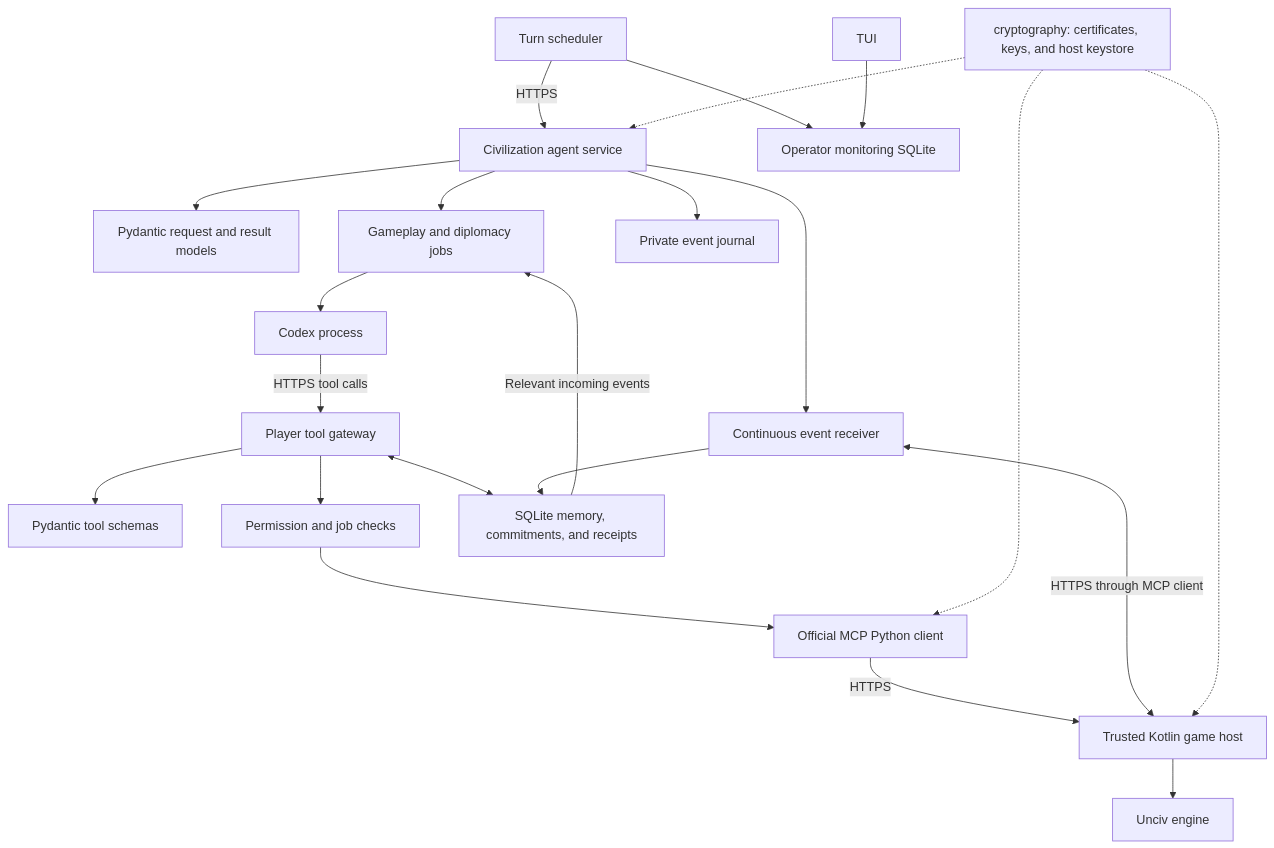
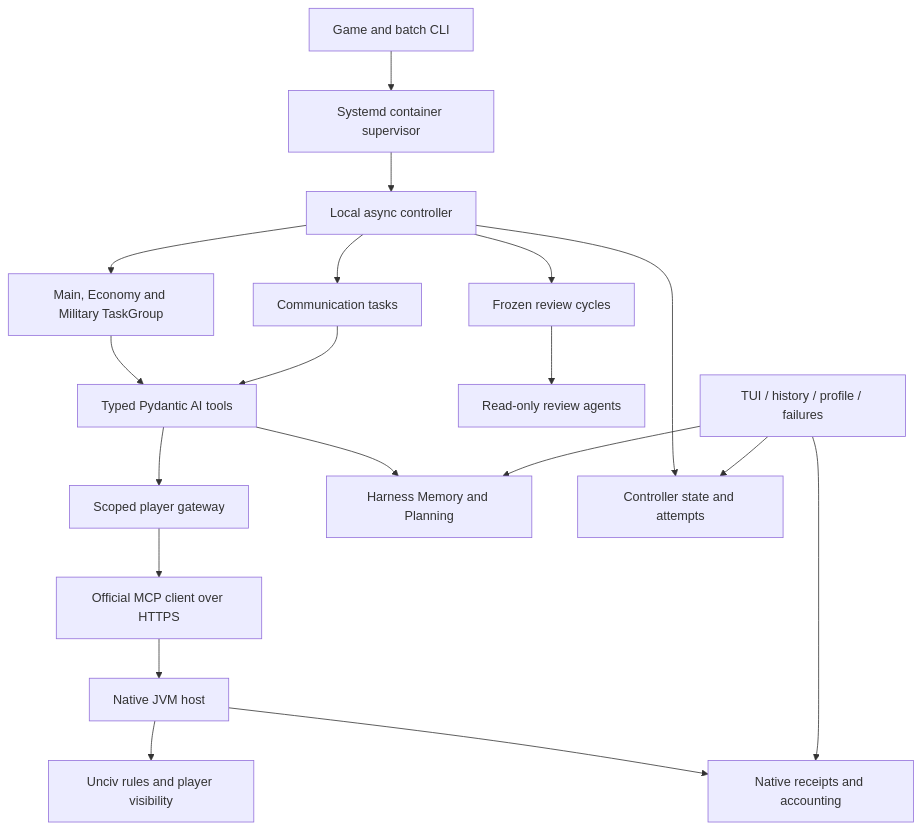
The diagram in docs/architecture/Python-architecture.md (varchasgopalaswamy/unciv-ai), drawn with Mermaid before and after one commit. The commit also changed other lines of this file and 777 other files, not shown here.

First line of the commit message:
Adopt the local Pydantic AI game runtime

````diff
--- a/docs/architecture/Python-architecture.md
+++ b/docs/architecture/Python-architecture.md
@@ -12,28 +8,21 @@
 ```mermaid
 flowchart TB
-    Scheduler[Turn scheduler] -->|HTTPS| Service[Civilization agent service]
-    Service --> Models[Pydantic request and result models]
-    Service --> Jobs[Gameplay and diplomacy jobs]
-    Jobs --> Codex[Codex process]
-    Codex -->|HTTPS tool calls| Gateway[Player tool gateway]
-
-    Gateway --> Schemas[Pydantic tool schemas]
-    Gateway --> Guards[Permission and job checks]
-    Guards --> SDK[Official MCP Python client]
-    SDK -->|HTTPS| Host[Trusted Kotlin game host]
-    Host --> Engine[Unciv engine]
-
-    Gateway <--> Memory[SQLite memory, commitments, and receipts]
-    Service --> History[Private event journal]
-    Scheduler --> Monitoring[Operator monitoring SQLite]
-    TUI --> Monitoring
-    Service --> Mailbox[Continuous event receiver]
-    Mailbox <-->|HTTPS through MCP client| Host
-    Mailbox --> Memory
-    Memory -->|Relevant incoming events| Jobs
-
-    TLS[cryptography: certificates, keys, and host keystore]
-    TLS -.-> Service
-    TLS -.-> SDK
-    TLS -.-> Host
+    CLI[Game and batch CLI] --> Supervisor[Systemd container supervisor]
+    Supervisor --> Controller[Local async controller]
+    Controller --> Roles[Main, Economy and Military TaskGroup]
+    Controller --> Comms[Communication tasks]
+    Controller --> Reviews[Frozen review cycles]
+    Roles --> Tools[Typed Pydantic AI tools]
+    Comms --> Tools
+    Reviews --> Reports[Read-only review agents]
+    Tools --> Gateway[Scoped player gateway]
+    Gateway --> MCP[Official MCP client over HTTPS]
+    MCP --> Host[Native JVM host]
+    Host --> Engine[Unciv rules and player visibility]
+    Host --> Receipts[Native receipts and accounting]
+    Tools --> Harness[Harness Memory and Planning]
+    Controller --> State[Controller state and attempts]
+    Observer[TUI / history / profile / failures] --> State
+    Observer --> Harness
+    Observer --> Receipts
 ```
````
